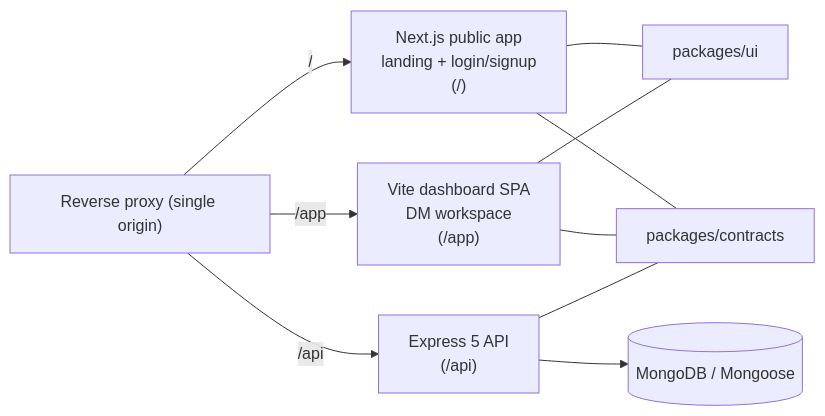
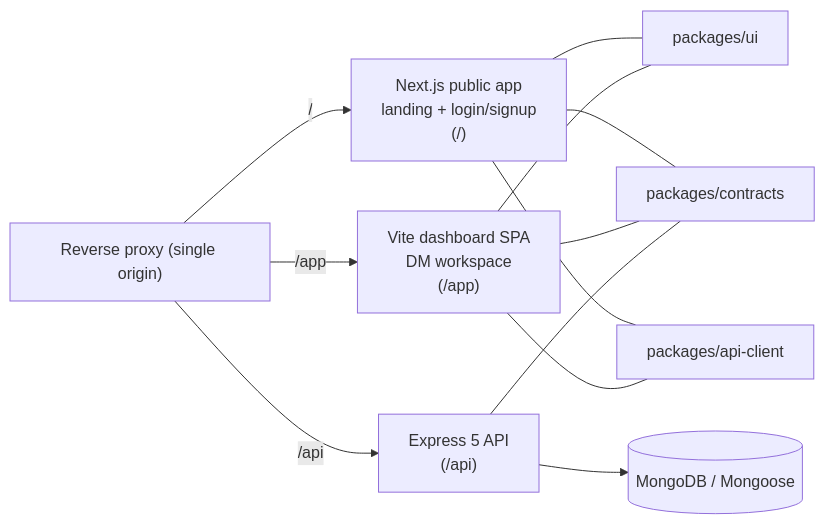
One commit to jeremyphillips/rpg-world-builder-app changed the first of 2 diagrams in docs/architecture.md. Above: the diagram before and after it, drawn with Mermaid. The commit also changed other lines of this file and 20 other files, not shown here.

````diff
--- a/docs/architecture.md
+++ b/docs/architecture.md
@@ -42,20 +44,23 @@
 ```mermaid
 flowchart LR
   proxy["Reverse proxy (single origin)"]
   publicApp["Next.js public app\nlanding + login/signup\n(/)"]
   dashboard["Vite dashboard SPA\nDM workspace\n(/app)"]
   api["Express 5 API\n(/api)"]
   mongo[("MongoDB / Mongoose")]
   ui["packages/ui"]
   contracts["packages/contracts"]
+  apiClient["packages/api-client"]
 
   proxy -->|"/"| publicApp
   proxy -->|"/app"| dashboard
   proxy -->|"/api"| api
   api --> mongo
   publicApp --- ui
   dashboard --- ui
   publicApp --- contracts
+  publicApp --- apiClient
   dashboard --- contracts
+  dashboard --- apiClient
   api --- contracts
 ```
````
